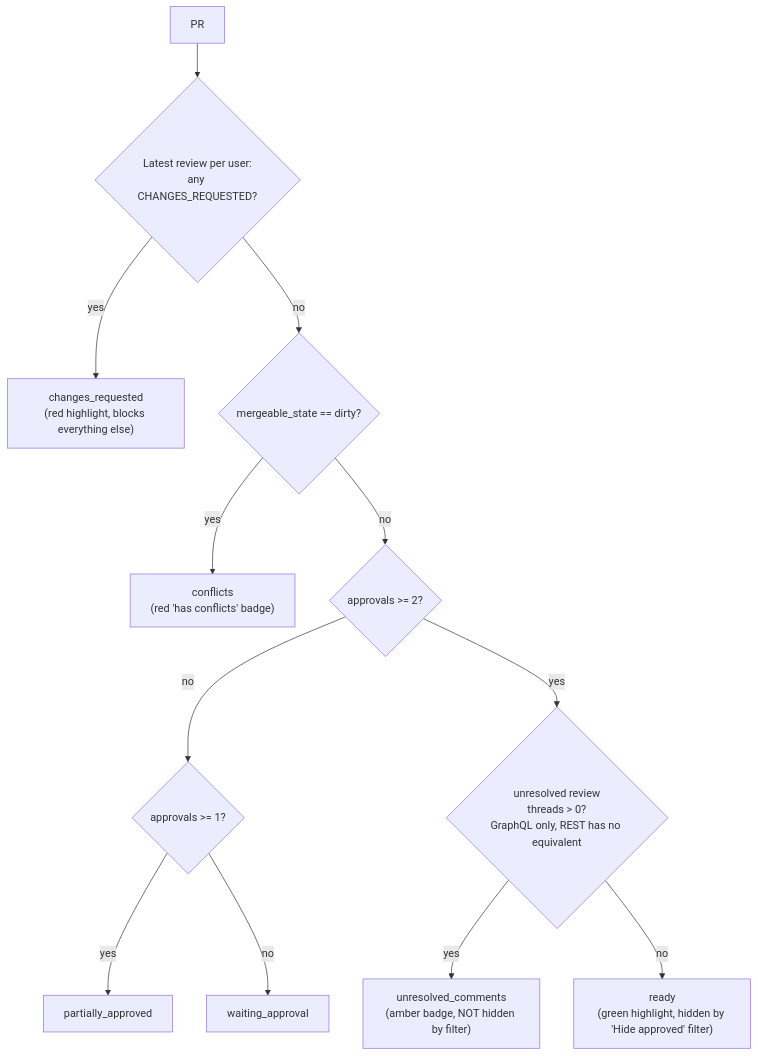
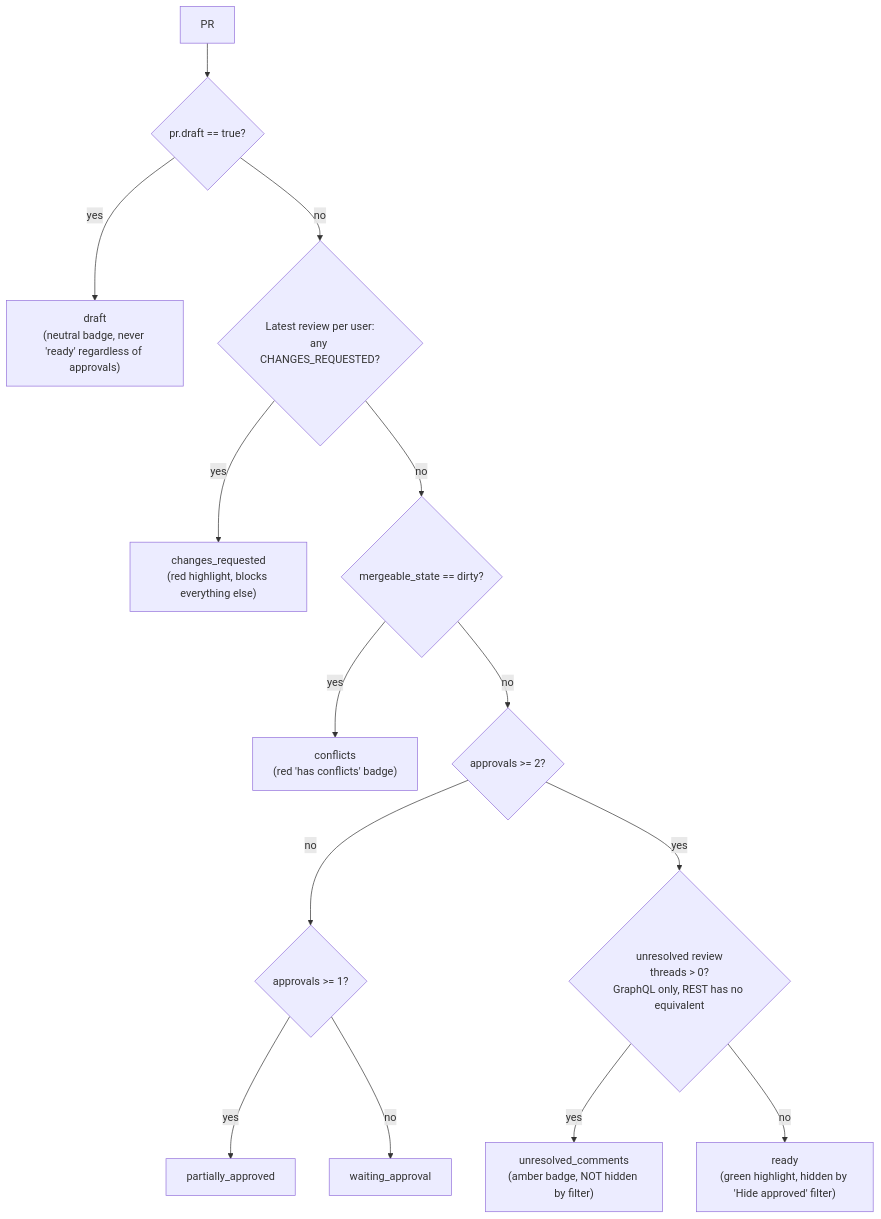
One commit to AD-Paladins/beaconator-wails changed the diagram in docs/pr-readiness-rules.md. Above: the diagram before and after it, drawn with Mermaid. The commit also changed other lines of this file and 4 other files, not shown here.

````diff
--- a/docs/pr-readiness-rules.md
+++ b/docs/pr-readiness-rules.md
@@ -15,14 +15,16 @@
 ```mermaid
 flowchart TD
-    A[PR] --> B{Latest review per user:<br/>any CHANGES_REQUESTED?}
+    A[PR] --> Z{pr.draft == true?}
+    Z -- yes --> R0["draft<br/>(neutral badge, never 'ready' regardless of approvals)"]
+    Z -- no --> B{Latest review per user:<br/>any CHANGES_REQUESTED?}
     B -- yes --> R1["changes_requested<br/>(red highlight, blocks everything else)"]
     B -- no --> C{mergeable_state == dirty?}
     C -- yes --> R2["conflicts<br/>(red 'has conflicts' badge)"]
     C -- no --> D{approvals >= 2?}
     D -- no --> E{approvals >= 1?}
     E -- yes --> R3[partially_approved]
     E -- no --> R4[waiting_approval]
     D -- yes --> F{unresolved review<br/>threads > 0?<br/>GraphQL only, REST has no equivalent}
     F -- yes --> R5["unresolved_comments<br/>(amber badge, NOT hidden by filter)"]
     F -- no --> R6["ready<br/>(green highlight, hidden by 'Hide approved' filter)"]
 ```
````
